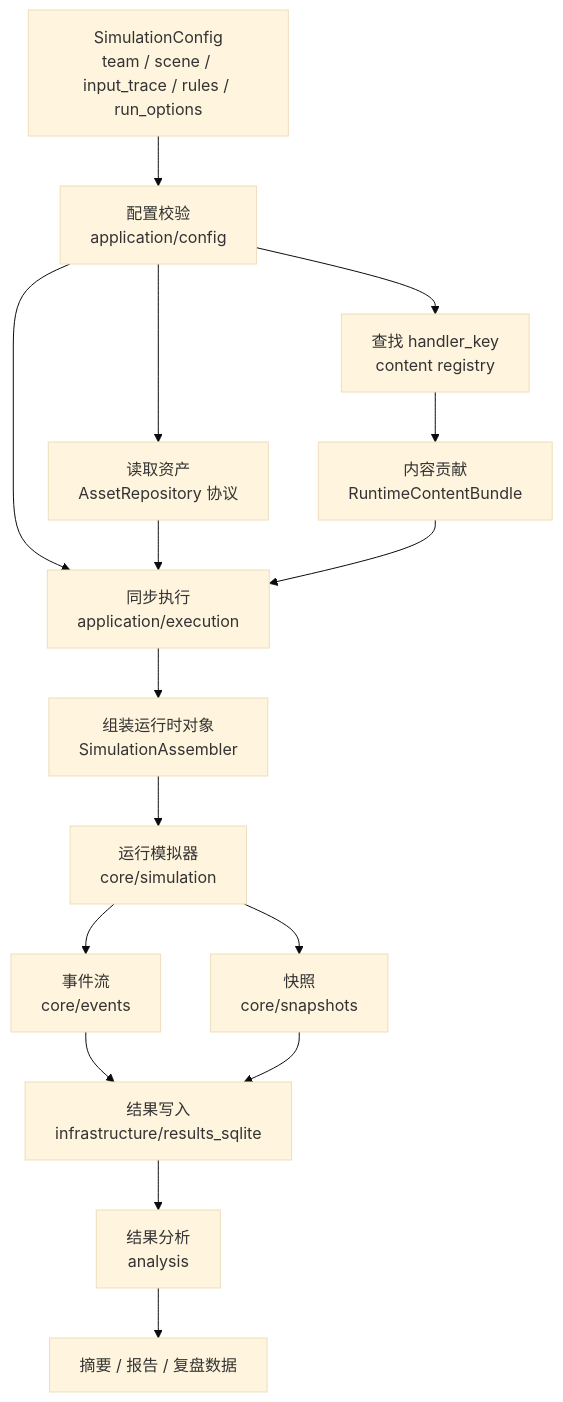
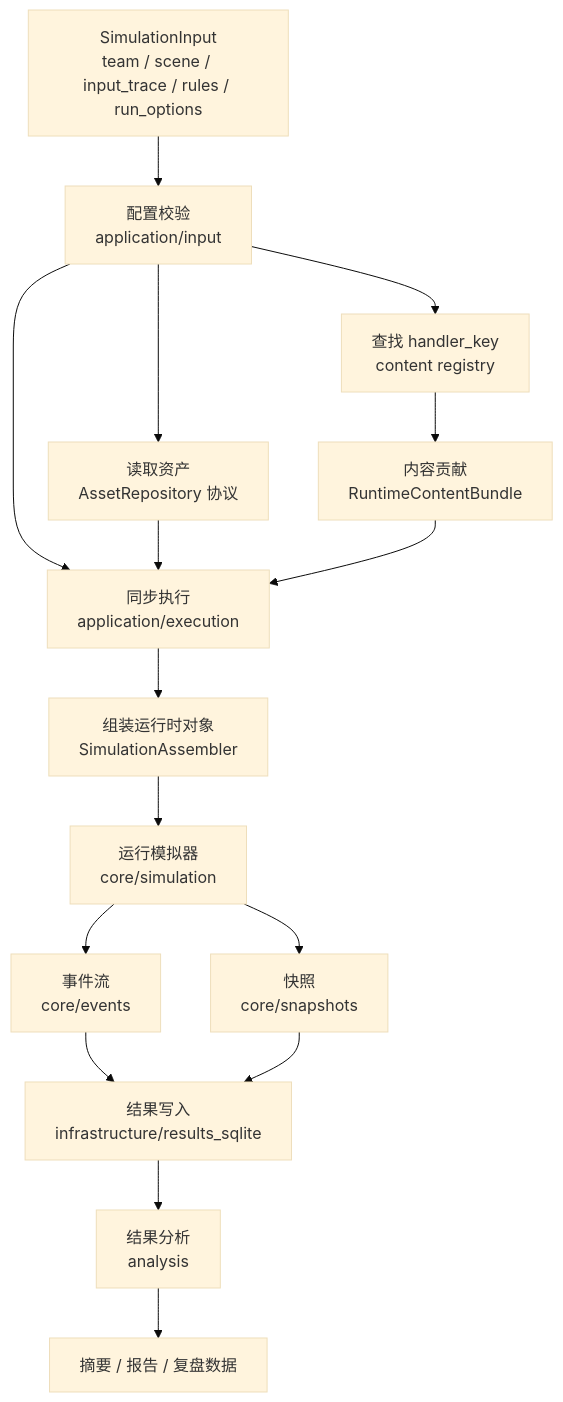
Before and after one commit to MCZME/Genshin-Simulation-Lab: the second of 4 diagrams in docs/架构/当前项目架构流程图.md, drawn with Mermaid (base theme). The commit also changed other lines of this file and 200 other files, not shown here.

First line of the commit message:
feat(results): 结果库 schema v2 与分析读取侧闭环落地

````diff
--- a/docs/架构/当前项目架构流程图.md
+++ b/docs/架构/当前项目架构流程图.md
@@ -66,32 +66,32 @@
 ```mermaid
 flowchart TD
-    CONFIG["SimulationConfig<br/>team / scene / input_trace / rules / run_options"]
-    VALIDATE["配置校验<br/>application/config"]
+    CONFIG["SimulationInput<br/>team / scene / input_trace / rules / run_options"]
+    VALIDATE["配置校验<br/>application/input"]
     ASSET_READ["读取资产<br/>AssetRepository 协议"]
     HANDLER["查找 handler_key<br/>content registry"]
     CONTENT_BUNDLE["内容贡献<br/>RuntimeContentBundle"]
     EXECUTE["同步执行<br/>application/execution"]
     ASSEMBLE["组装运行时对象<br/>SimulationAssembler"]
     RUN["运行模拟器<br/>core/simulation"]
     EVENTS["事件流<br/>core/events"]
     SNAPSHOT["快照<br/>core/snapshots"]
     RESULT_WRITE["结果写入<br/>infrastructure/results_sqlite"]
     ANALYZE["结果分析<br/>analysis"]
     OUTPUT["摘要 / 报告 / 复盘数据"]
 
     CONFIG --> VALIDATE
     VALIDATE --> ASSET_READ
     VALIDATE --> HANDLER
     VALIDATE --> EXECUTE
     ASSET_READ --> EXECUTE
     HANDLER --> CONTENT_BUNDLE
     CONTENT_BUNDLE --> EXECUTE
     EXECUTE --> ASSEMBLE
     ASSEMBLE --> RUN
     RUN --> EVENTS
     RUN --> SNAPSHOT
     EVENTS --> RESULT_WRITE
     SNAPSHOT --> RESULT_WRITE
     RESULT_WRITE --> ANALYZE
     ANALYZE --> OUTPUT
 ```
````
